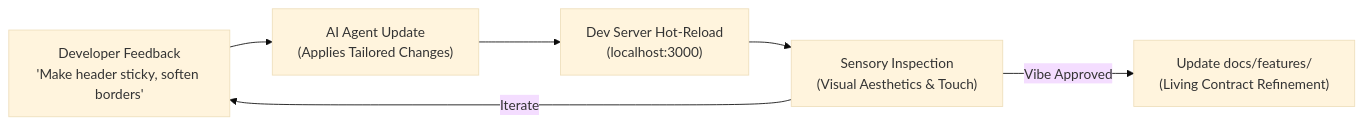
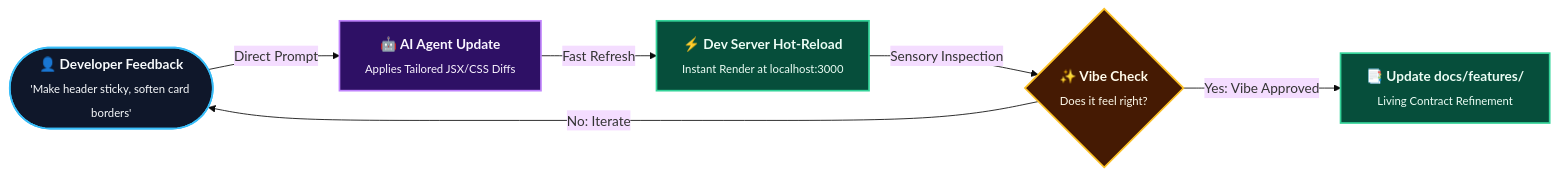
Before and after one commit to rmsofficialsyt/Agentic-AI-Vibe-Coding-AND-SDD-TDD-Codebase-Chandan-Adhikary: the second of 3 diagrams in Vibe-Coding-Chandan-Adhikary/Vibe-Coding/README.md, drawn with Mermaid (base theme). The commit also changed other lines of this file and 23 other files, not shown here.

Commit message:
docs: redesign diagrams to Eraser.io visual style and regenerate MANIFEST.json

````diff
--- a/Vibe-Coding-Chandan-Adhikary/Vibe-Coding/README.md
+++ b/Vibe-Coding-Chandan-Adhikary/Vibe-Coding/README.md
@@ -87,8 +92,13 @@
 ```mermaid
 flowchart LR
-    DevFeedback["Developer Feedback<br/>'Make header sticky, soften borders'"] --> AgentCode["AI Agent Update<br/>(Applies Tailored Changes)"]
-    AgentCode --> HotReloadUI["Dev Server Hot-Reload<br/>(localhost:3000)"]
-    HotReloadUI --> SensoryCheck["Sensory Inspection<br/>(Visual Aesthetics & Touch)"]
-    SensoryCheck -->|"Vibe Approved"| LivingDoc["Update docs/features/<br/>(Living Contract Refinement)"]
-    SensoryCheck -->|"Iterate"| DevFeedback
+    classDef dev fill:#0f172a,stroke:#38bdf8,stroke-width:2px,color:#f8fafc;
+    classDef agent fill:#2e1065,stroke:#c084fc,stroke-width:2px,color:#faf5ff;
+    classDef ui fill:#064e3b,stroke:#34d399,stroke-width:2px,color:#ecfdf5;
+    classDef gate fill:#451a03,stroke:#fbbf24,stroke-width:2px,color:#fffbeb;
+
+    DevFeedback(["<b>👤 Developer Feedback</b><br/><sub>'Make header sticky, soften card borders'</sub>"]):::dev -->|"Direct Prompt"| AgentCode["<b>🤖 AI Agent Update</b><br/><sub>Applies Tailored JSX/CSS Diffs</sub>"]:::agent
+    AgentCode -->|"Fast Refresh"| HotReloadUI["<b>⚡ Dev Server Hot-Reload</b><br/><sub>Instant Render at localhost:3000</sub>"]:::ui
+    HotReloadUI -->|"Sensory Inspection"| SensoryCheck{"<b>✨ Vibe Check</b><br/><sub>Does it feel right?</sub>"}:::gate
+    SensoryCheck -->|"Yes: Vibe Approved"| LivingDoc["<b>📑 Update docs/features/</b><br/><sub>Living Contract Refinement</sub>"]:::ui
+    SensoryCheck -->|"No: Iterate"| DevFeedback
 ```
````
